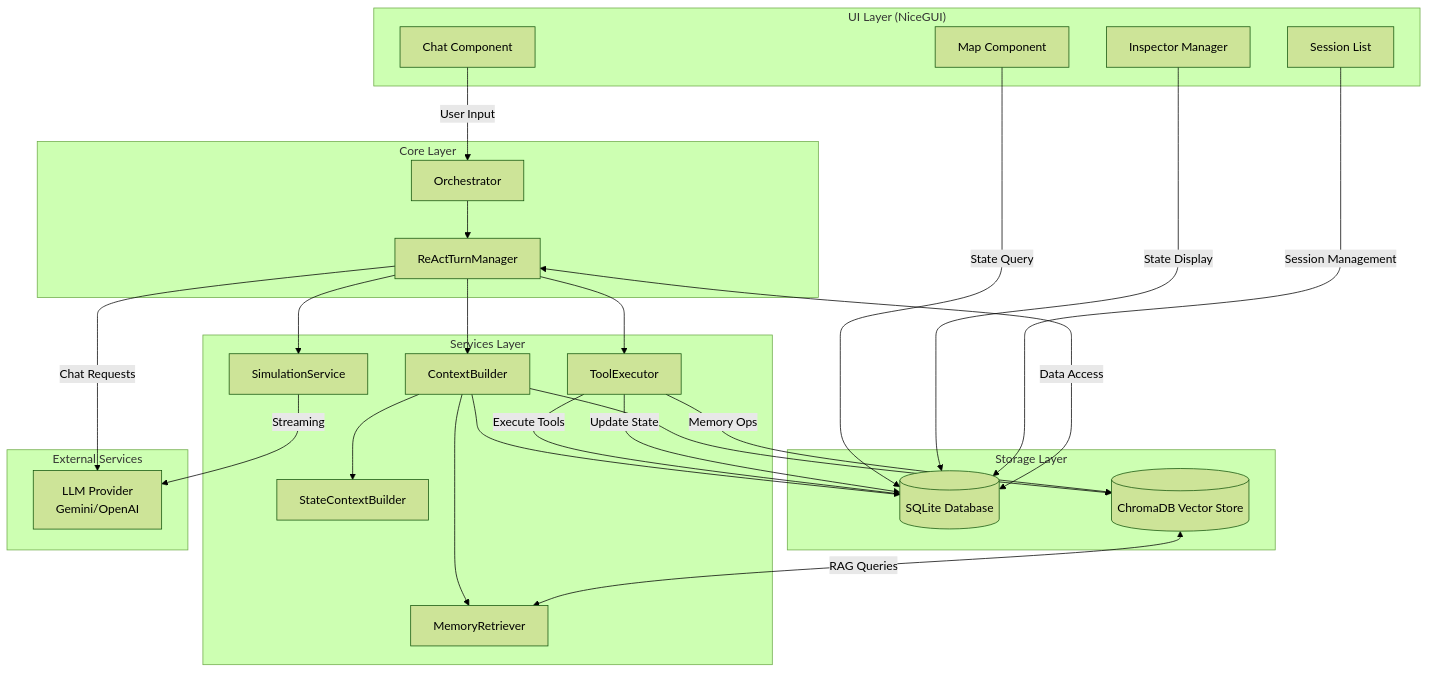
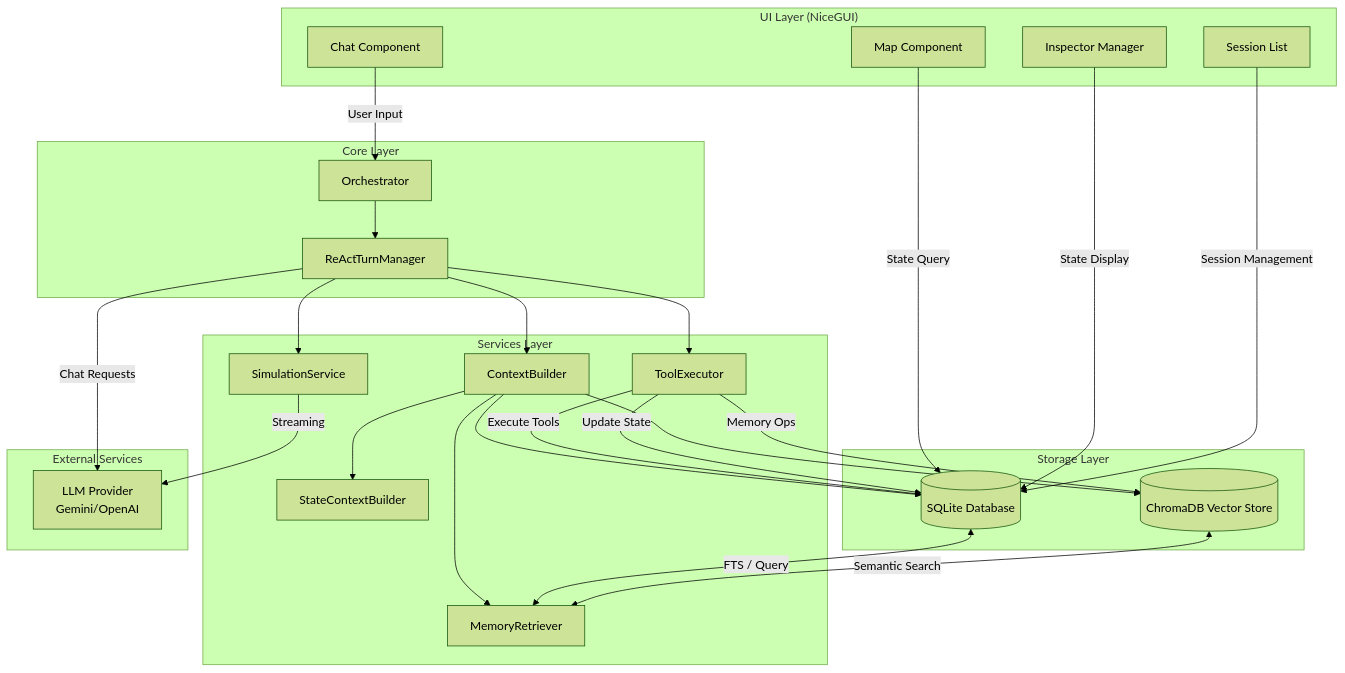
The first of 8 diagrams in docs/architecture-flows.md (ThiagoRibas-dev/ai_rpg), drawn with Mermaid (forest theme) before and after one commit. The commit also changed other lines of this file and 11 other files, not shown here.

Commit message:
feat : minor fixes and formatting. Refactored the memory search system into a Hybrid Search → RRF → Reranking process

````diff
--- a/docs/architecture-flows.md
+++ b/docs/architecture-flows.md
@@ -7,56 +7,56 @@
 ```mermaid
 graph TB
     subgraph UI_Layer["UI Layer (NiceGUI)"]
         Chat[Chat Component]
         Map[Map Component]
         Inspector[Inspector Manager]
         SessionList[Session List]
     end
 
     subgraph Core_Layer["Core Layer"]
         Orchestrator[Orchestrator]
         TurnManager[ReActTurnManager]
     end
 
     subgraph Services_Layer["Services Layer"]
         ContextBuilder[ContextBuilder]
         ToolExecutor[ToolExecutor]
         StateBuilder[StateContextBuilder]
         MemoryRetriever[MemoryRetriever]
         SimulationService[SimulationService]
     end
 
     subgraph Storage_Layer["Storage Layer"]
         SQLite[(SQLite Database)]
         VectorStore[(ChromaDB Vector Store)]
     end
 
     subgraph External_Layer["External Services"]
         LLM[LLM Provider<br/>Gemini/OpenAI]
     end
 
     Chat -->|User Input| Orchestrator
     Map -->|State Query| SQLite
     Inspector -->|State Display| SQLite
     SessionList -->|Session Management| SQLite
     
     Orchestrator --> TurnManager
     TurnManager --> ContextBuilder
     TurnManager --> ToolExecutor
     TurnManager --> SimulationService
     
     ContextBuilder --> StateBuilder
     ContextBuilder --> MemoryRetriever
     ContextBuilder --> SQLite
     ContextBuilder --> VectorStore
     
     ToolExecutor -->|Execute Tools| SQLite
     ToolExecutor -->|Update State| SQLite
     ToolExecutor -->|Memory Ops| VectorStore
     
     TurnManager -->|Chat Requests| LLM
     SimulationService -->|Streaming| LLM
     
-    SQLite <-->|Data Access| TurnManager
-    VectorStore <-->|RAG Queries| MemoryRetriever
+    SQLite <-->|FTS / Query| MemoryRetriever
+    VectorStore <-->|Semantic Search| MemoryRetriever
 ```
````
